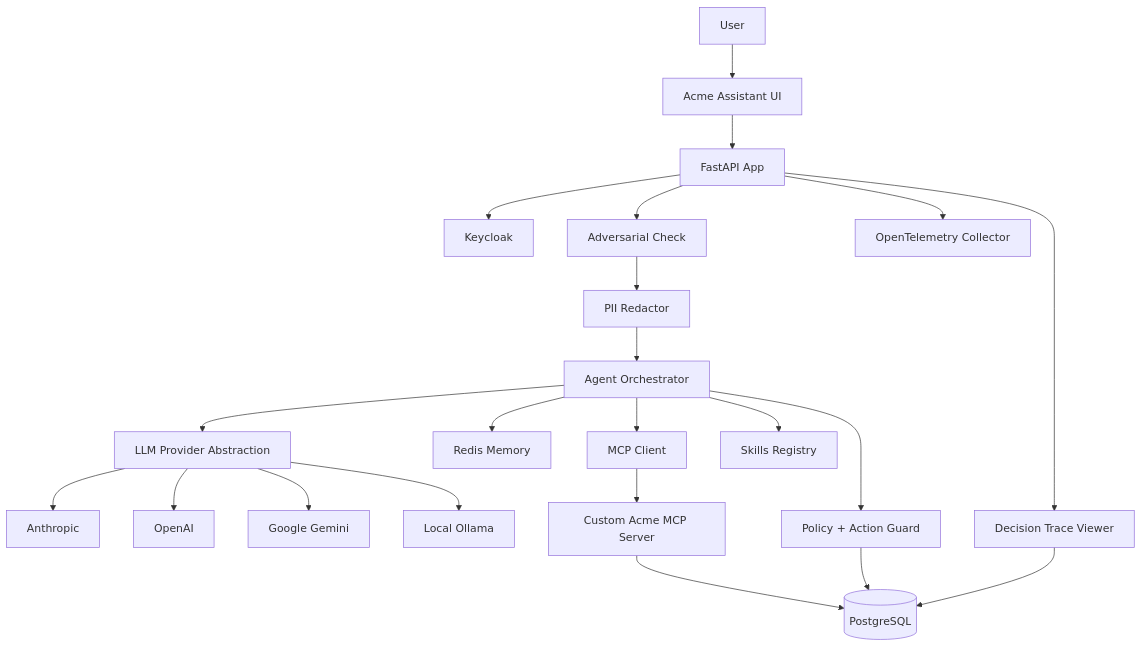
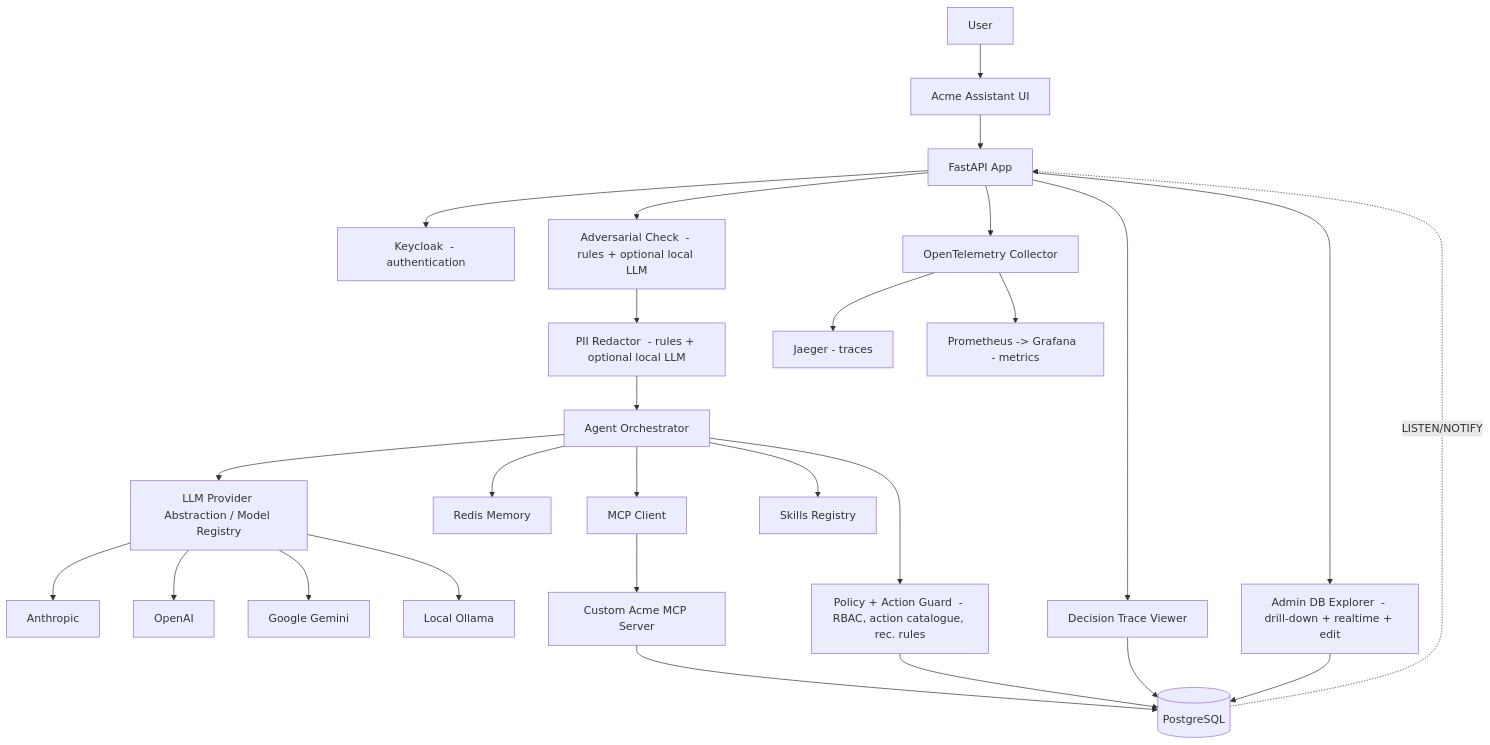
The diagram in README.md (kvcom/ACME), drawn with Mermaid before and after one commit. The commit also changed other lines of this file and 12 other files, not shown here.

````diff
--- a/README.md
+++ b/README.md
@@ -38,24 +61,29 @@
 ```mermaid
 flowchart TD
     U[User] --> UI[Acme Assistant UI]
     UI --> API[FastAPI App]
-    API --> KC[Keycloak]
-    API --> ADV[Adversarial Check]
-    ADV --> PII[PII Redactor]
+    API --> KC[Keycloak  - authentication]
+    API --> ADV[Adversarial Check  - rules + optional local LLM]
+    ADV --> PII[PII Redactor  - rules + optional local LLM]
     PII --> AG[Agent Orchestrator]
-    AG --> LLM[LLM Provider Abstraction]
+    AG --> LLM[LLM Provider Abstraction / Model Registry]
     LLM --> ANT[Anthropic]
     LLM --> OAI[OpenAI]
     LLM --> GOO[Google Gemini]
     LLM --> OLL[Local Ollama]
     AG --> REDIS[Redis Memory]
     AG --> MCP[MCP Client]
     MCP --> MCPS[Custom Acme MCP Server]
     MCPS --> PG[(PostgreSQL)]
     AG --> SK[Skills Registry]
-    AG --> POL[Policy + Action Guard]
+    AG --> POL[Policy + Action Guard  - RBAC, action catalogue, rec. rules]
     POL --> PG
     API --> TRACE[Decision Trace Viewer]
+    API --> DBX[Admin DB Explorer  - drill-down + realtime + edit]
     API --> OTEL[OpenTelemetry Collector]
+    OTEL --> JAEGER[Jaeger  - traces]
+    OTEL --> PROM[Prometheus -> Grafana  - metrics]
     TRACE --> PG
+    DBX --> PG
+    PG -. LISTEN/NOTIFY .-> API
 ```
````
